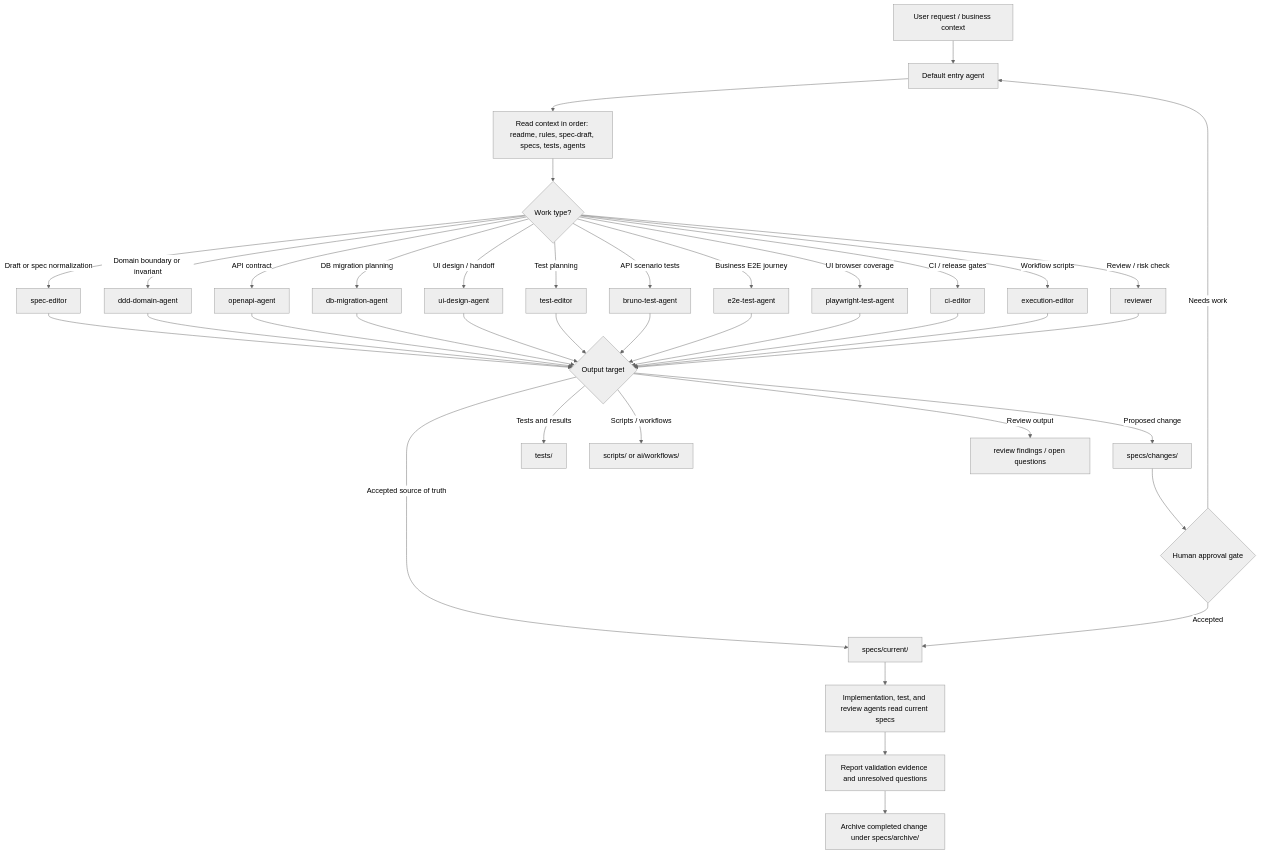
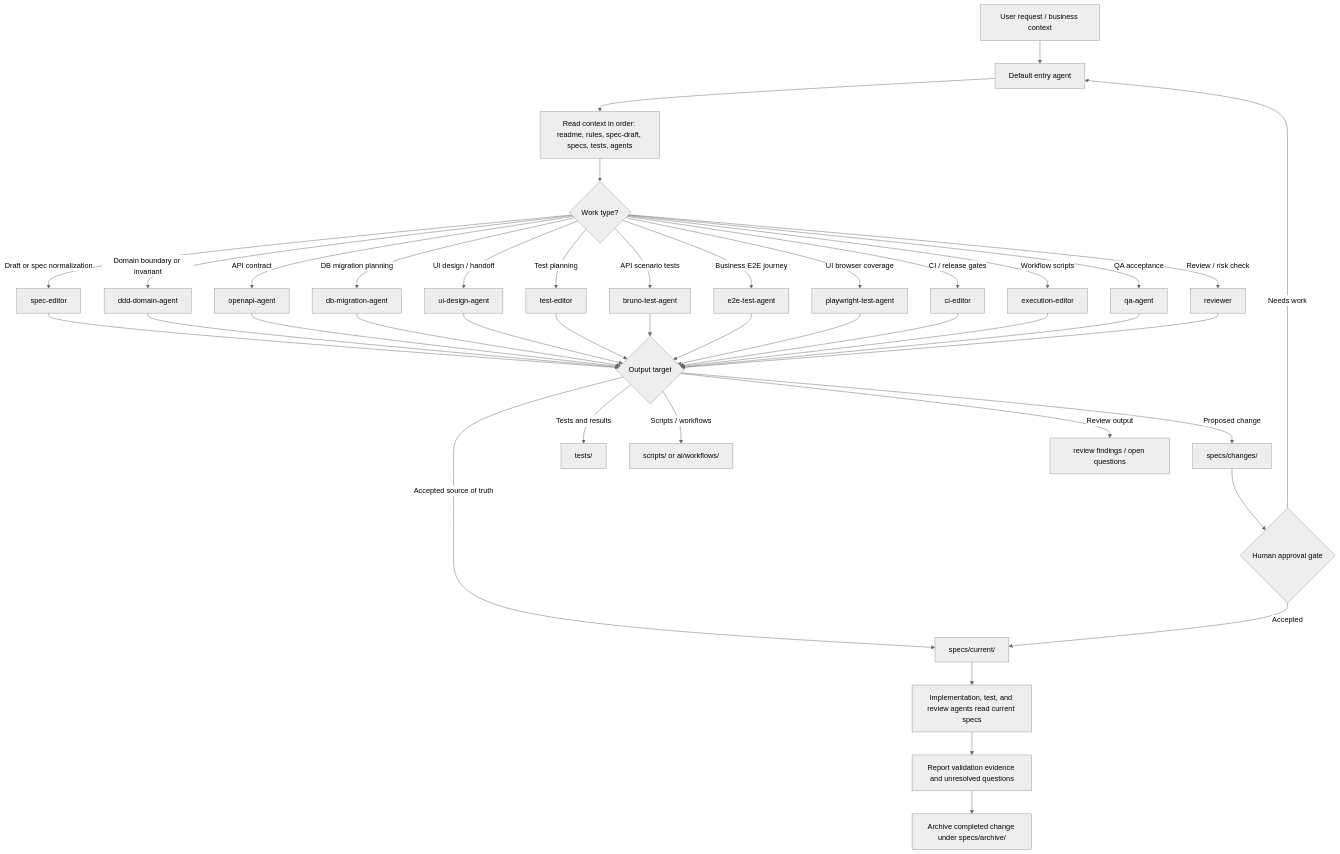
Before and after one commit to liquiid727/SpecOps-Web-Console: the diagram in .agents/README.md, drawn with Mermaid (neutral theme). The commit also changed other lines of this file and 12 other files, not shown here.

Commit message:
Add QA acceptance agent

````diff
--- a/.agents/README.md
+++ b/.agents/README.md
@@ -40,45 +41,47 @@
 ```mermaid
 flowchart TD
   A["User request / business context"] --> B["Default entry agent"]
   B --> C["Read context in order: readme, rules, spec-draft, specs, tests, agents"]
   C --> D{"Work type?"}
 
   D -->|Draft or spec normalization| E["spec-editor"]
   D -->|Domain boundary or invariant| F["ddd-domain-agent"]
   D -->|API contract| G["openapi-agent"]
   D -->|DB migration planning| H["db-migration-agent"]
   D -->|UI design / handoff| I["ui-design-agent"]
   D -->|Test planning| J["test-editor"]
   D -->|API scenario tests| K["bruno-test-agent"]
   D -->|Business E2E journey| L["e2e-test-agent"]
   D -->|UI browser coverage| M["playwright-test-agent"]
   D -->|CI / release gates| N["ci-editor"]
   D -->|Workflow scripts| O["execution-editor"]
-  D -->|Review / risk check| P["reviewer"]
+  D -->|QA acceptance| P["qa-agent"]
+  D -->|Review / risk check| AA["reviewer"]
 
   E --> Q{"Output target"}
   F --> Q
   G --> Q
   H --> Q
   I --> Q
   J --> Q
   K --> Q
   L --> Q
   M --> Q
   N --> Q
   O --> Q
   P --> Q
+  AA --> Q
 
   Q -->|Proposed change| R["specs/changes/<change-id>"]
   Q -->|Accepted source of truth| S["specs/current/"]
   Q -->|Tests and results| T["tests/"]
   Q -->|Scripts / workflows| U["scripts/ or ai/workflows/"]
   Q -->|Review output| V["review findings / open questions"]
 
   R --> W{"Human approval gate"}
   W -->|Accepted| S
   W -->|Needs work| B
   S --> X["Implementation, test, and review agents read current specs"]
   X --> Y["Report validation evidence and unresolved questions"]
   Y --> Z["Archive completed change under specs/archive/"]
 ```
````
